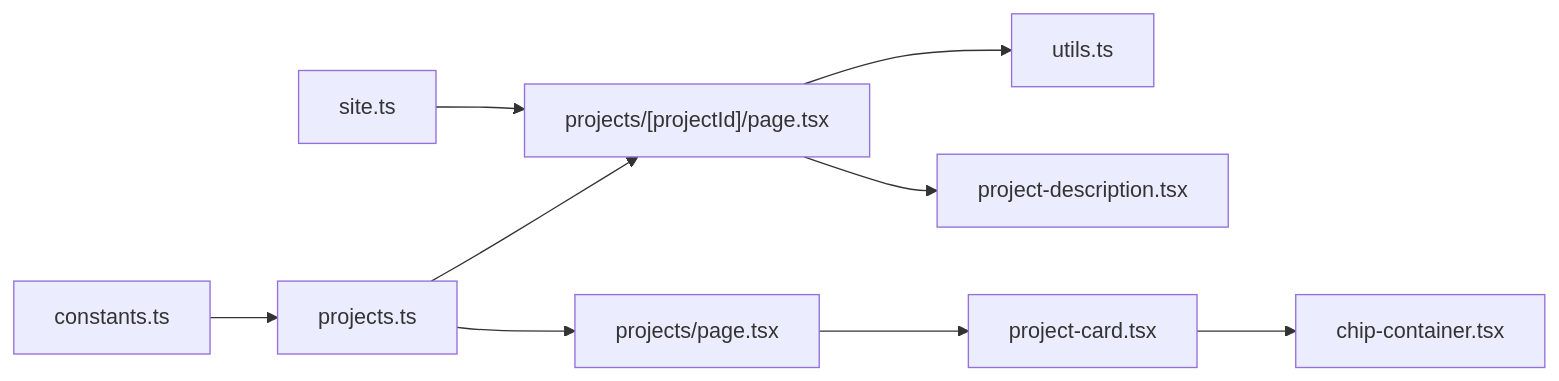
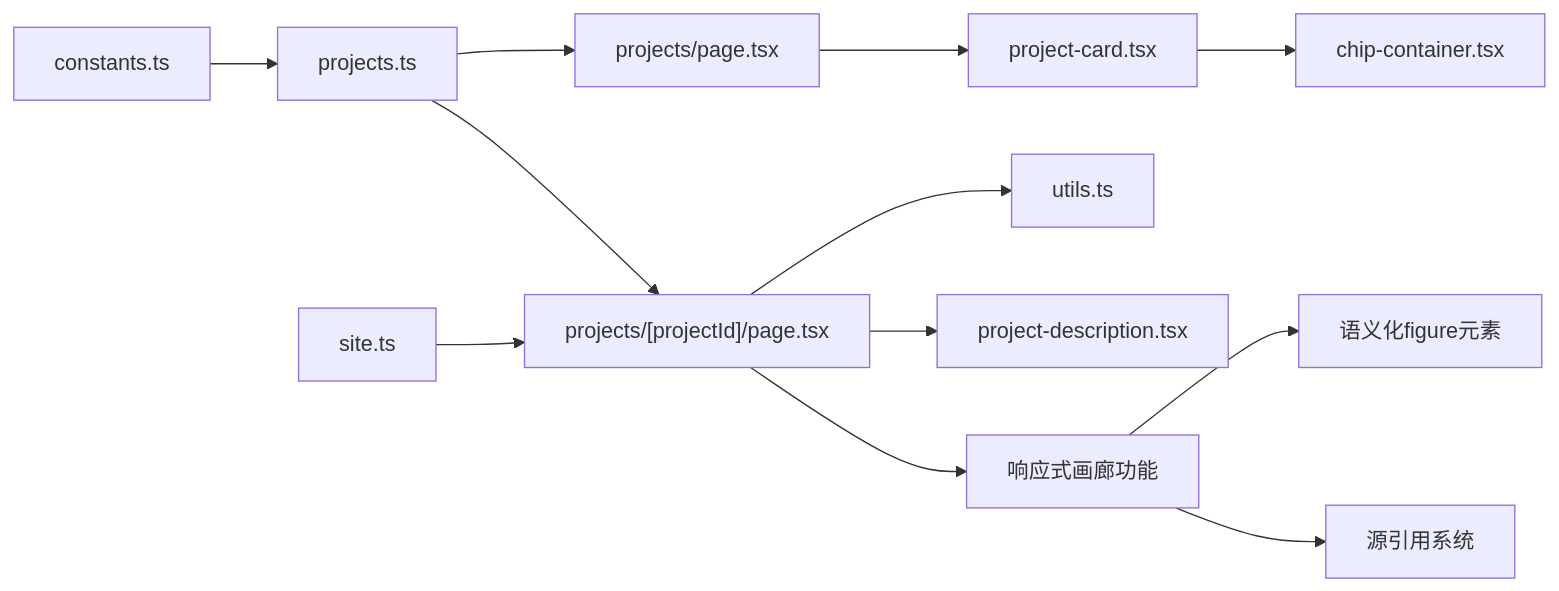
One commit to florianjsun/next-portfolio changed the sixth of 6 diagrams in .qoder/repowiki/zh/content/核心功能模块/项目展示模块/项目展示模块.md. Above: the diagram before and after it, drawn with Mermaid. The commit also changed other lines of this file and 80 other files, not shown here.

````diff
--- a/.qoder/repowiki/zh/content/核心功能模块/项目展示模块/项目展示模块.md
+++ b/.qoder/repowiki/zh/content/核心功能模块/项目展示模块/项目展示模块.md
@@ -271,11 +294,14 @@
 ```mermaid
 graph LR
 Constants["constants.ts"] --> Projects["projects.ts"]
 SiteConfig["site.ts"] --> DetailPage["projects/[projectId]/page.tsx"]
 Projects --> ListPage["projects/page.tsx"]
 Projects --> DetailPage
 DetailPage --> Utils["utils.ts"]
 DetailPage --> PD["project-description.tsx"]
 ListPage --> PC["project-card.tsx"]
 PC --> CC["chip-container.tsx"]
+DetailPage --> Gallery["响应式画廊功能"]
+Gallery --> Figure["语义化figure元素"]
+Gallery --> Source["源引用系统"]
 ```
````
